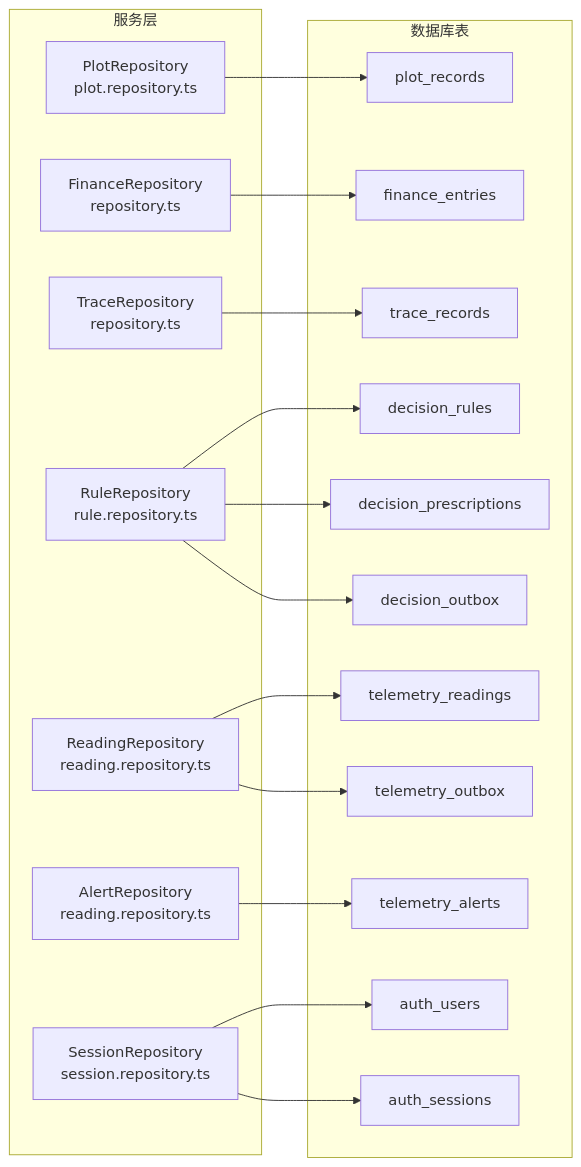
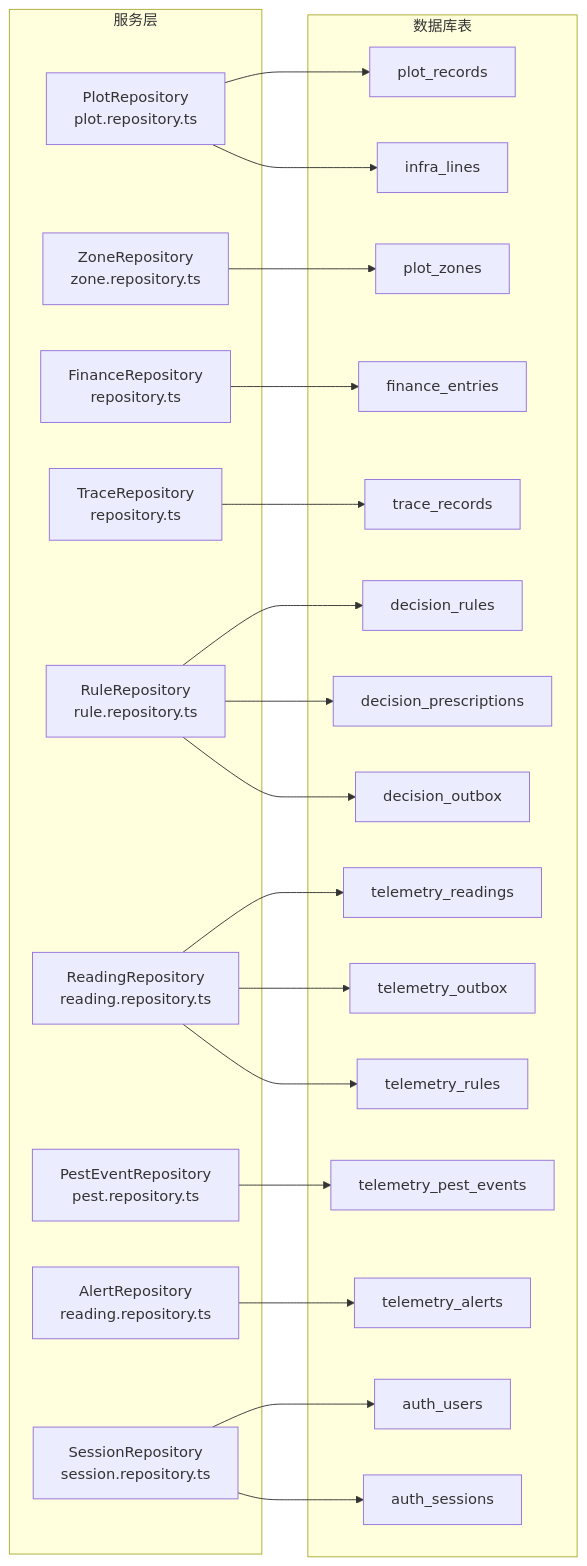
The second of 10 diagrams in .qoder/repowiki/zh/content/数据库设计/数据库设计.md (q446328246/agri-platform), drawn with Mermaid before and after one commit. The commit also changed other lines of this file and 68 other files, not shown here.

````diff
--- a/.qoder/repowiki/zh/content/数据库设计/数据库设计.md
+++ b/.qoder/repowiki/zh/content/数据库设计/数据库设计.md
@@ -106,36 +141,46 @@
 ```mermaid
 graph LR
 subgraph "服务层"
 PS["PlotRepository<br/>plot.repository.ts"]
+ZR["ZoneRepository<br/>zone.repository.ts"]
 FS["FinanceRepository<br/>repository.ts"]
 TRS["TraceRepository<br/>repository.ts"]
 RS["RuleRepository<br/>rule.repository.ts"]
 RR["ReadingRepository<br/>reading.repository.ts"]
+PR["PestEventRepository<br/>pest.repository.ts"]
 AR["AlertRepository<br/>reading.repository.ts"]
 ASR["SessionRepository<br/>session.repository.ts"]
 end
 subgraph "数据库表"
 T1["plot_records"]
 T2["finance_entries"]
 T3["trace_records"]
 T4["decision_rules"]
 T5["decision_prescriptions"]
 T6["telemetry_readings"]
 T7["telemetry_alerts"]
 T8["decision_outbox"]
 T9["telemetry_outbox"]
 T10["auth_users"]
 T11["auth_sessions"]
+T12["telemetry_rules"]
+T13["telemetry_pest_events"]
+T14["infra_lines"]
+T15["plot_zones"]
 end
 PS --> T1
+ZR --> T15
 FS --> T2
 TRS --> T3
 RS --> T4
 RS --> T5
 RR --> T6
+PR --> T13
 AR --> T7
 RS --> T8
 RR --> T9
 ASR --> T10
 ASR --> T11
+RR --> T12
+PS --> T14
 ```
````
